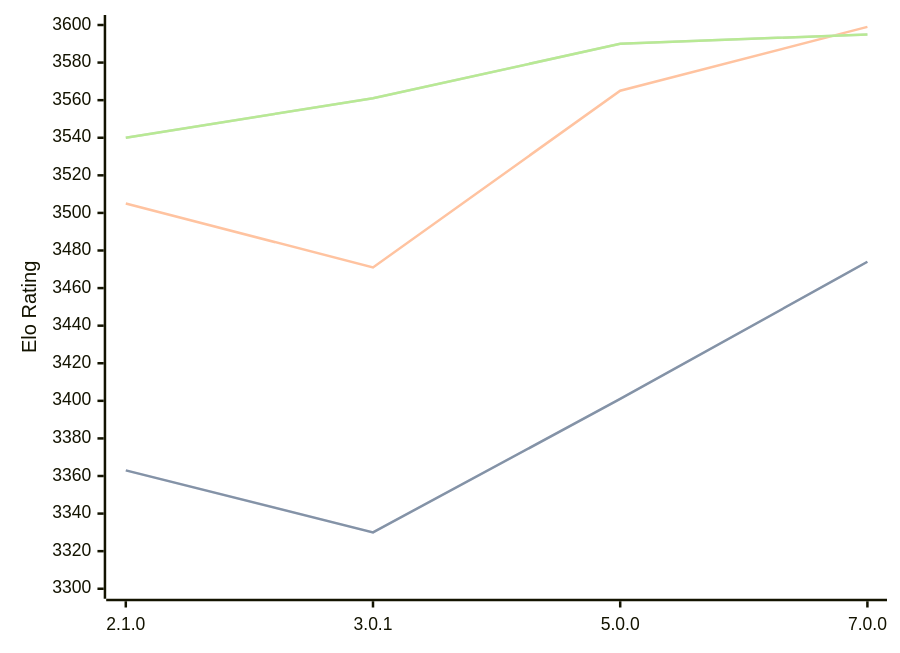
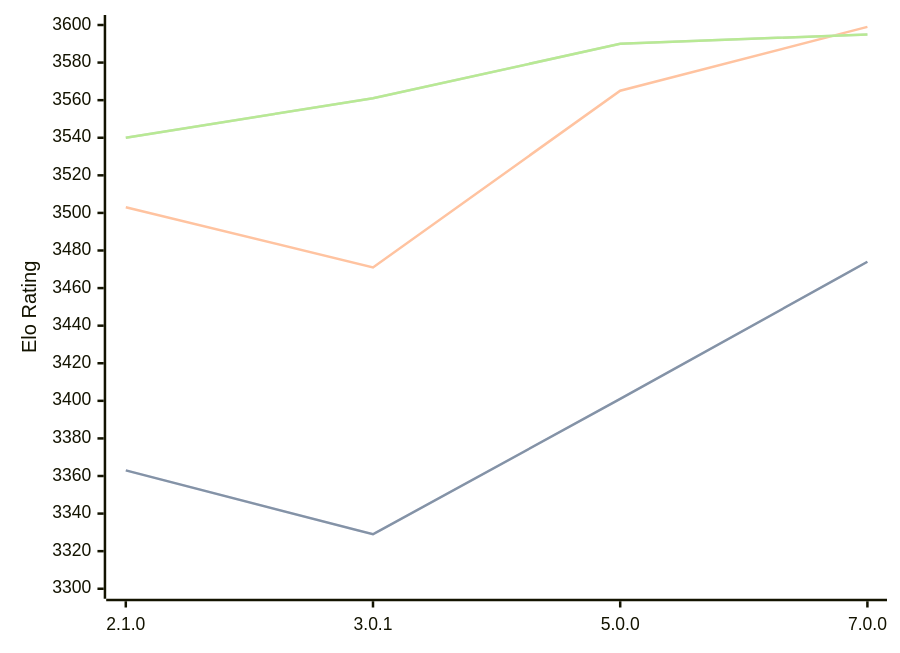
One commit to computer-chess-index/cci changed the diagram in engines/PlentyChess.md. Above: the diagram before and after it, drawn with Mermaid. The commit also changed other lines of this file, not shown here.

````diff
--- a/engines/PlentyChess.md
+++ b/engines/PlentyChess.md
@@ -45,11 +45,11 @@
 ```mermaid
 %%{init: {"theme":"base","themeVariables":{"seriesColors:['#a3a3a3','#222221','#faa371']}}}%%
 xychart-beta
   x-axis ["2.1.0", "3.0.1", "5.0.0", "7.0.0"]
   y-axis "Elo Rating" 3300 --> 3600
-  line "STC (8.0+0.08s)" [3363, 3330, 3401, 3474]
-  line "STC (8.0+0.08s)" [3363, 3330, 3401, 3474]
-  line "LTC (60.0+0.60s)" [3505, 3471, 3565, 3599]
+  line "STC (8.0+0.08s)" [3363, 3329, 3401, 3474]
+  line "STC (8.0+0.08s)" [3363, 3329, 3401, 3474]
+  line "LTC (60.0+0.60s)" [3503, 3471, 3565, 3599]
   line "VLTC (2m24s+1.12s)" [3540, 3561, 3590, 3595]
   line "VLTC (2m24s+1.12s)" [3540, 3561, 3590, 3595]
 ```
````
